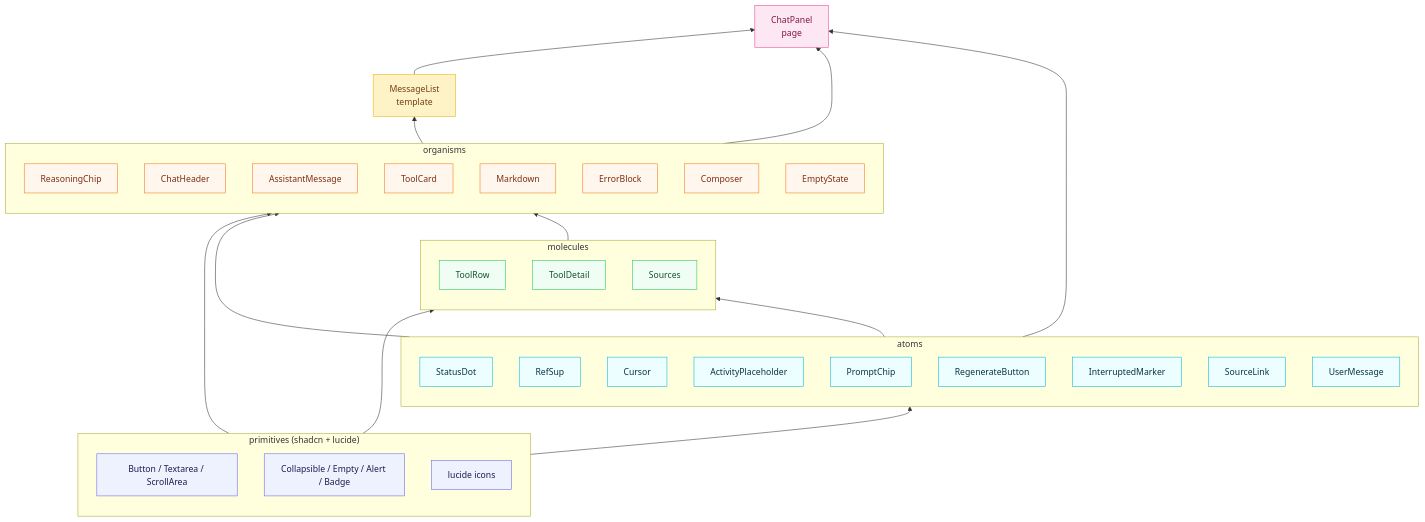
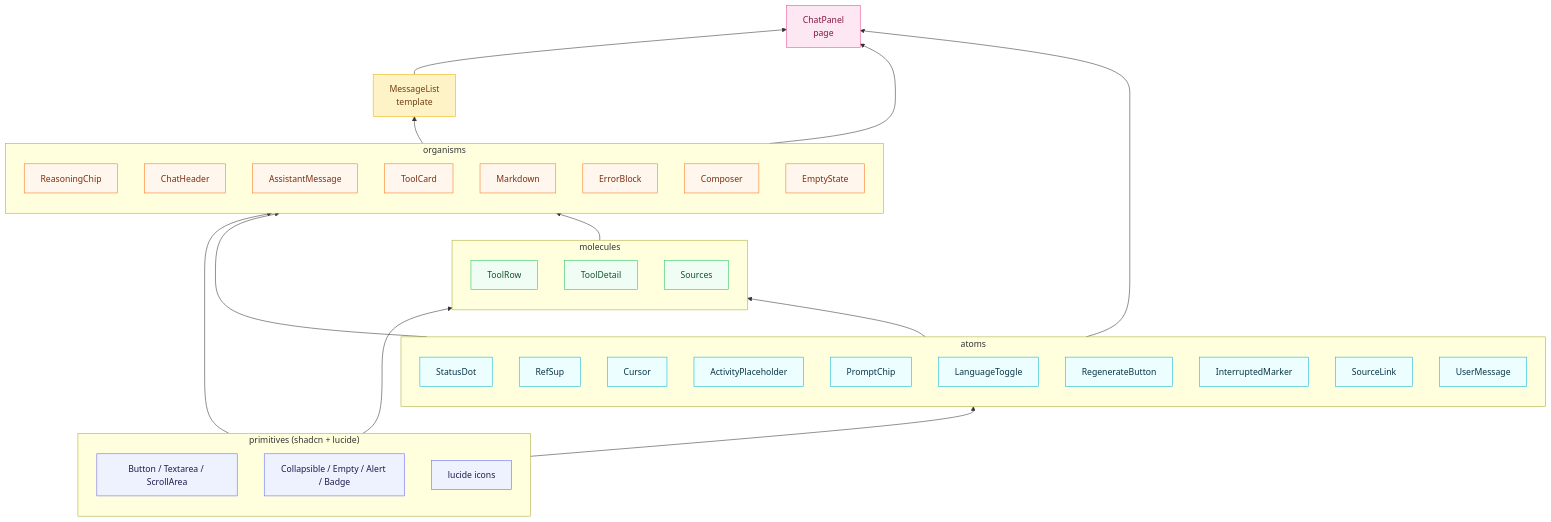
Before and after one commit to wei-yiting/fin-lab-x: the first of 4 diagrams in docs/frontend_chat_architecture.md, drawn with Mermaid. The commit also changed other lines of this file and 32 other files, not shown here.

First line of the commit message:
feat(frontend): UI language toggle — English (default) ↔ Traditional Chinese (#87)

````diff
--- a/docs/frontend_chat_architecture.md
+++ b/docs/frontend_chat_architecture.md
@@ -15,65 +15,66 @@
 ```mermaid
 flowchart BT
     subgraph primitives["primitives (shadcn + lucide)"]
         P1[Button / Textarea / ScrollArea]
         P2[Collapsible / Empty / Alert / Badge]
         P3[lucide icons]
     end
 
     subgraph atoms
         StatusDot
         RefSup
         Cursor
         ActivityPlaceholder
         PromptChip
+        LanguageToggle
         RegenerateButton
         InterruptedMarker
         SourceLink
         UserMessage
     end
 
     subgraph molecules
         ToolRow
         ToolDetail
         Sources
     end
 
     subgraph organisms
         ReasoningChip
         ChatHeader
         AssistantMessage
         ToolCard
         Markdown
         ErrorBlock
         Composer
         EmptyState
     end
 
     MessageList[MessageList<br/>template]
     ChatPanel[ChatPanel<br/>page]
 
     primitives --> atoms
     primitives --> molecules
     primitives --> organisms
     atoms --> molecules
     atoms --> organisms
     molecules --> organisms
     organisms --> MessageList
     MessageList --> ChatPanel
     organisms --> ChatPanel
     atoms --> ChatPanel
 
     classDef primitiveCls fill:#eef2ff,stroke:#6366f1,color:#1e1b4b
     classDef atomCls fill:#ecfeff,stroke:#06b6d4,color:#083344
     classDef moleculeCls fill:#f0fdf4,stroke:#22c55e,color:#14532d
     classDef organismCls fill:#fff7ed,stroke:#f97316,color:#7c2d12
     classDef templateCls fill:#fef3c7,stroke:#eab308,color:#713f12
     classDef pageCls fill:#fce7f3,stroke:#ec4899,color:#831843
 
     class P1,P2,P3 primitiveCls
-    class StatusDot,RefSup,Cursor,ActivityPlaceholder,PromptChip,RegenerateButton,InterruptedMarker,SourceLink,UserMessage atomCls
+    class StatusDot,RefSup,Cursor,ActivityPlaceholder,PromptChip,LanguageToggle,RegenerateButton,InterruptedMarker,SourceLink,UserMessage atomCls
     class ToolRow,ToolDetail,Sources moleculeCls
     class ReasoningChip,ChatHeader,AssistantMessage,ToolCard,Markdown,ErrorBlock,Composer,EmptyState organismCls
     class MessageList templateCls
     class ChatPanel pageCls
 ```
````
